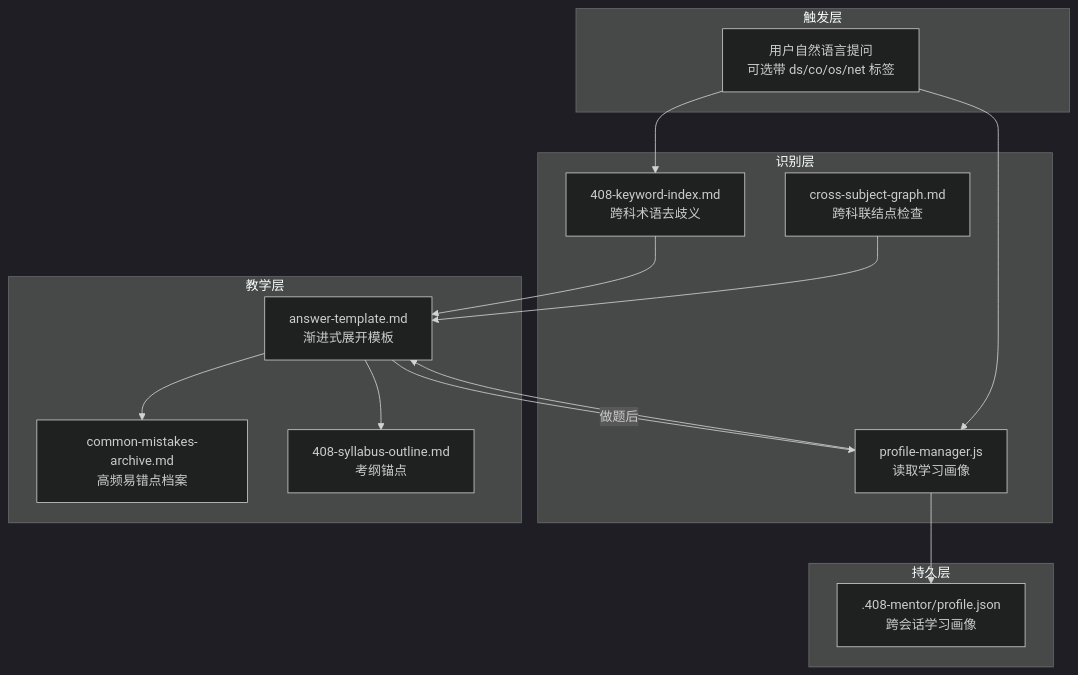
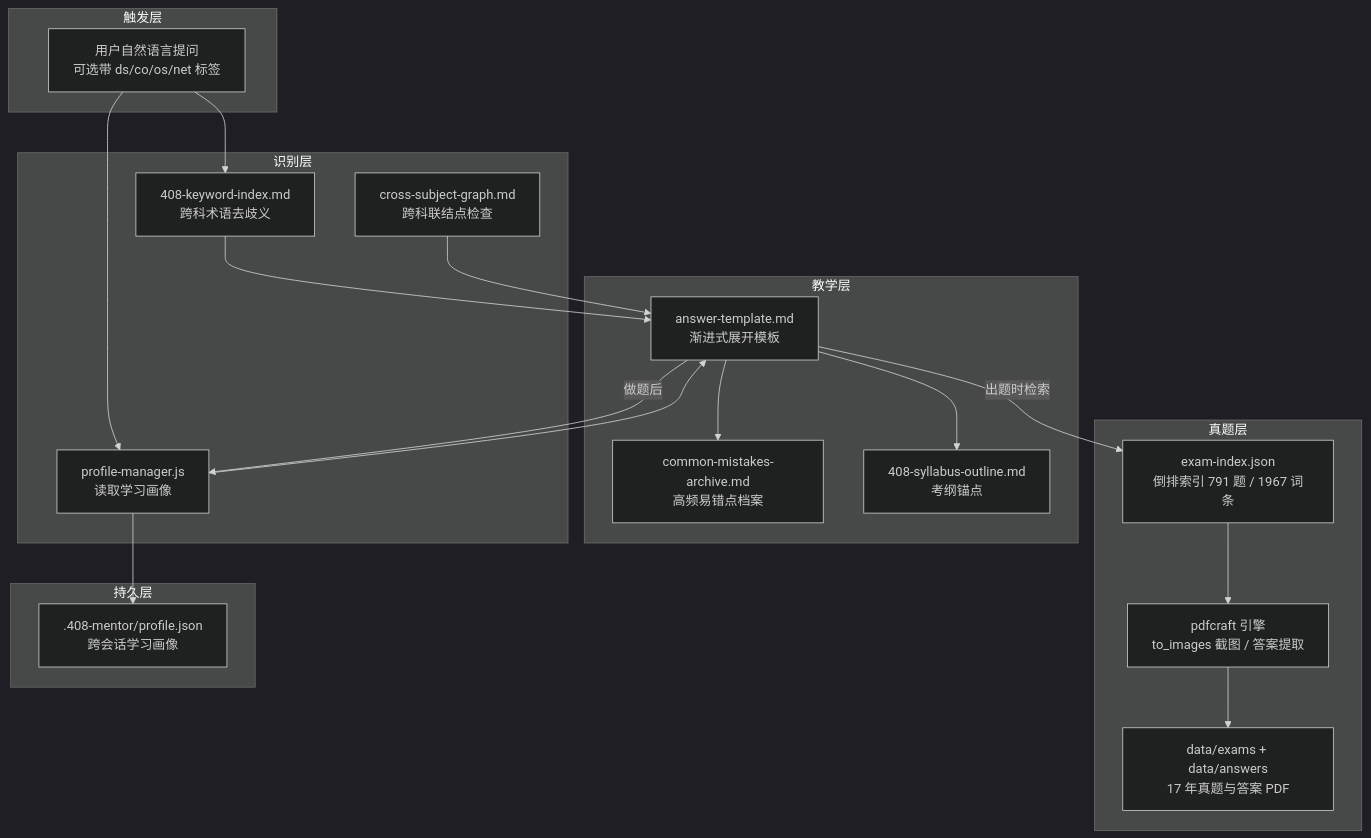
One commit to WeatherCore/408 changed the third of 3 diagrams in README.md. Above: the diagram before and after it, drawn with Mermaid (dark theme). The commit also changed other lines of this file, not shown here.

````diff
--- a/README.md
+++ b/README.md
@@ -145,32 +175,41 @@
 ```mermaid
 flowchart TB
     subgraph 触发层
         U[用户自然语言提问<br/>可选带 ds/co/os/net 标签]
     end
 
     subgraph 识别层
         KI[408-keyword-index.md<br/>跨科术语去歧义]
         CG[cross-subject-graph.md<br/>跨科联结点检查]
         PM[profile-manager.js<br/>读取学习画像]
     end
 
     subgraph 教学层
         AT[answer-template.md<br/>渐进式展开模板]
         CM[common-mistakes-archive.md<br/>高频易错点档案]
         SO[408-syllabus-outline.md<br/>考纲锚点]
     end
 
+    subgraph 真题层
+        EI[exam-index.json<br/>倒排索引 791 题 / 1967 词条]
+        PC[pdfcraft 引擎<br/>to_images 截图 / 答案提取]
+        DP[data/exams + data/answers<br/>17 年真题与答案 PDF]
+    end
+
     subgraph 持久层
         PJ[.408-mentor/profile.json<br/>跨会话学习画像]
     end
 
     U --> KI
     U --> PM
     KI --> AT
     PM --> AT
     CG --> AT
     AT --> CM
     AT --> SO
+    AT -->|出题时检索| EI
+    EI --> PC
+    PC --> DP
     AT -->|做题后| PM
     PM --> PJ
 ```
````
